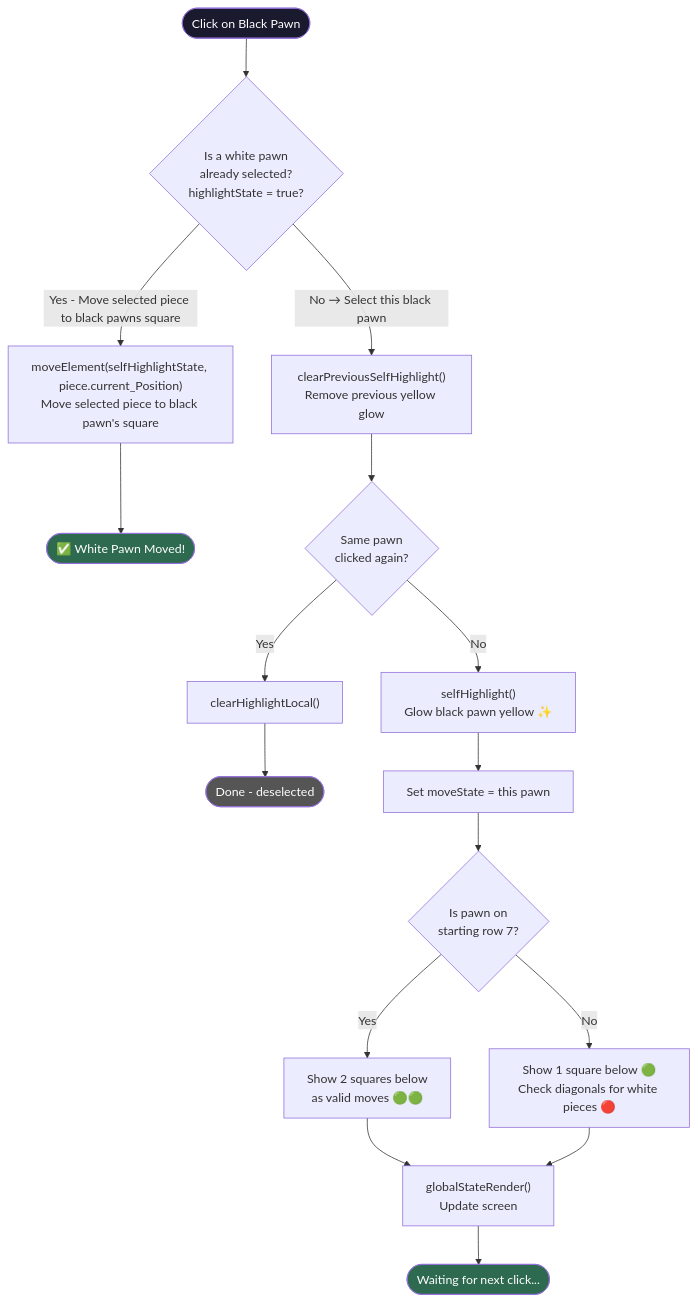
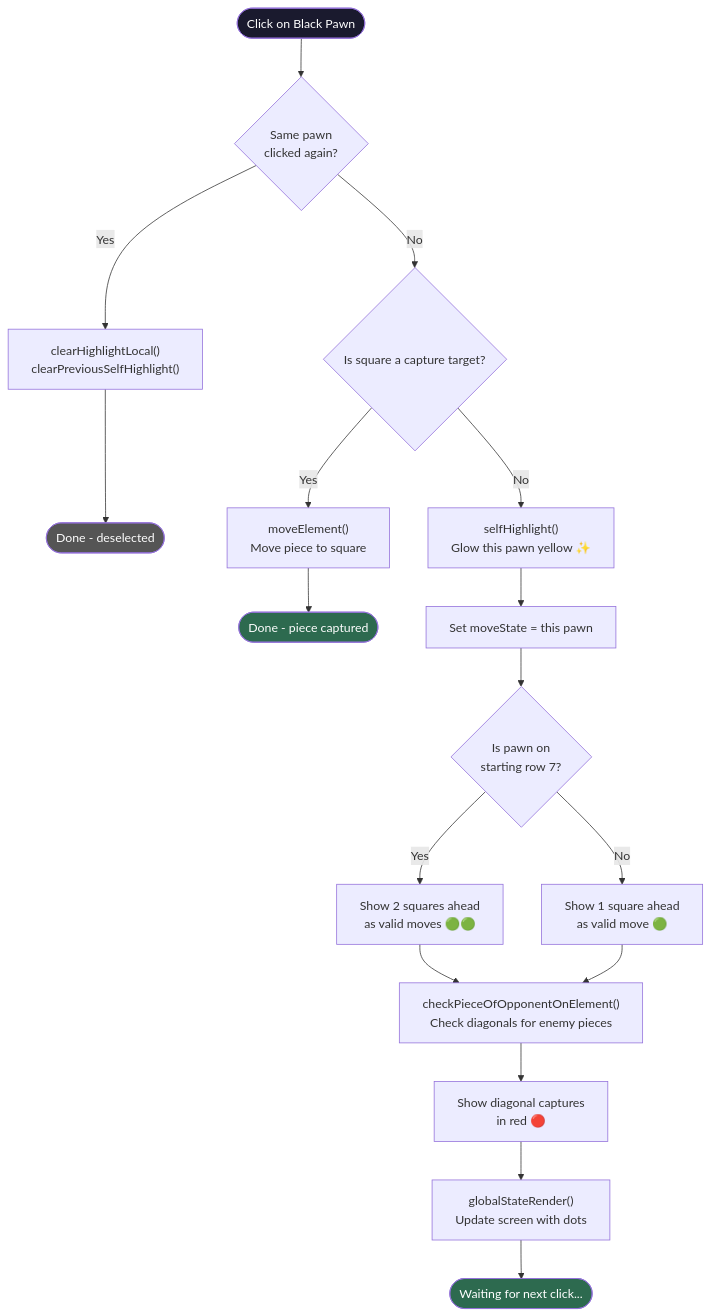
Before and after one commit to sharmaa-abhi/ChessCode: the fourth of 6 diagrams in Md_file/FlowChart2.md, drawn with Mermaid. The commit also changed other lines of this file and 9 other files, not shown here.

````diff
--- a/Md_file/FlowChart2.md
+++ b/Md_file/FlowChart2.md
@@ -95,29 +101,31 @@
 ```mermaid
 flowchart TD
-    A([Click on Black Pawn]) --> B{Is a white pawn\nalready selected?\nhighlightState = true?}
+    A([Click on Black Pawn]) --> B{Same pawn\nclicked again?}
 
-    B -->|Yes - Move selected piece to black pawns square| C["moveElement(selfHighlightState, piece.current_Position)\nMove selected piece to black pawn's square"]
-    C --> D([✅ White Pawn Moved!])
+    B -->|Yes| C["clearHighlightLocal()\nclearPreviousSelfHighlight()"]
+    C --> D([Done - deselected])
 
-    B -->|No → Select this black pawn| E["clearPreviousSelfHighlight()\nRemove previous yellow glow"]
-    E --> F{Same pawn\nclicked again?}
+    B -->|No| E{Is square a capture target?}
+    
+    E -->|Yes| F["moveElement()\nMove piece to square"]
+    F --> G([Done - piece captured])
+    
+    E -->|No| H["selfHighlight()\nGlow this pawn yellow ✨"]
+    H --> I[Set moveState = this pawn]
+    I --> J{Is pawn on\nstarting row 7?}
 
-    F -->|Yes| G["clearHighlightLocal()"]
-    G --> H([Done - deselected])
+    J -->|Yes| K[Show 2 squares ahead\nas valid moves 🟢🟢]
+    J -->|No| L[Show 1 square ahead\nas valid move 🟢]
+    
+    K --> M["checkPieceOfOpponentOnElement()\nCheck diagonals for enemy pieces"]
+    L --> M
+    M --> N[Show diagonal captures\nin red 🔴]
 
-    F -->|No| I["selfHighlight()\nGlow black pawn yellow ✨"]
-    I --> J[Set moveState = this pawn]
-    J --> K{Is pawn on\nstarting row 7?}
-
-    K -->|Yes| L[Show 2 squares below\nas valid moves 🟢🟢]
-    K -->|No| M[Show 1 square below 🟢\nCheck diagonals for white pieces 🔴]
-
-    L --> N["globalStateRender()\nUpdate screen"]
-    M --> N
-    N --> O([Waiting for next click...])
+    N --> O["globalStateRender()\nUpdate screen with dots"]
+    O --> P([Waiting for next click...])
 
     style A fill:#1a1a2e,color:#fff
-    style D fill:#2d6a4f,color:#fff
-    style H fill:#555,color:#fff
-    style O fill:#2d6a4f,color:#fff
+    style D fill:#555,color:#fff
+    style G fill:#2d6a4f,color:#fff
+    style P fill:#2d6a4f,color:#fff
 ```
````
